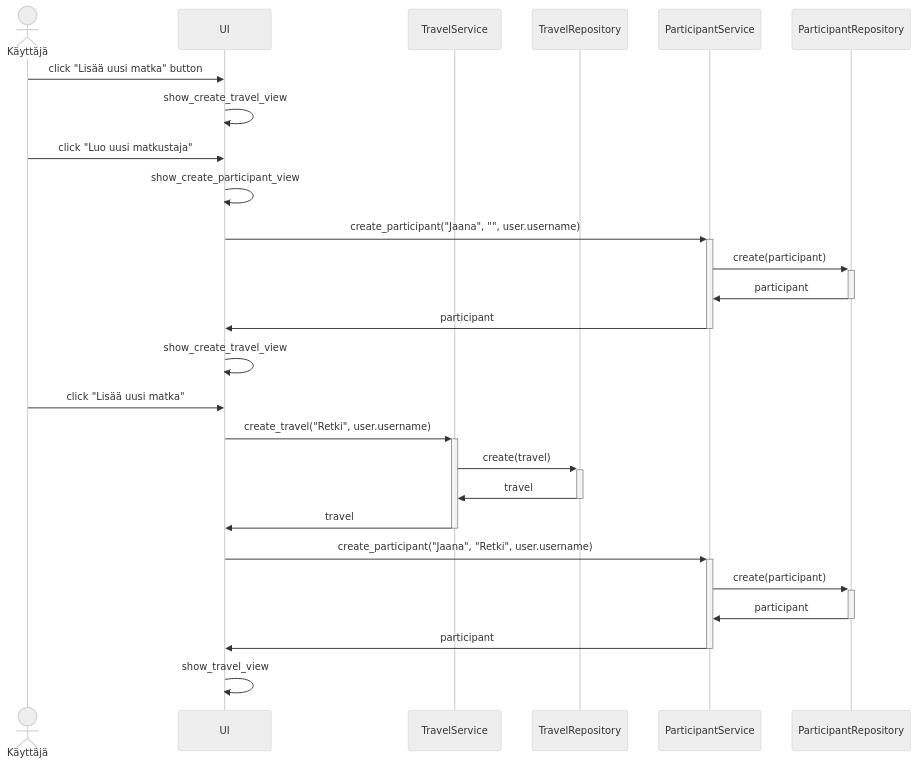
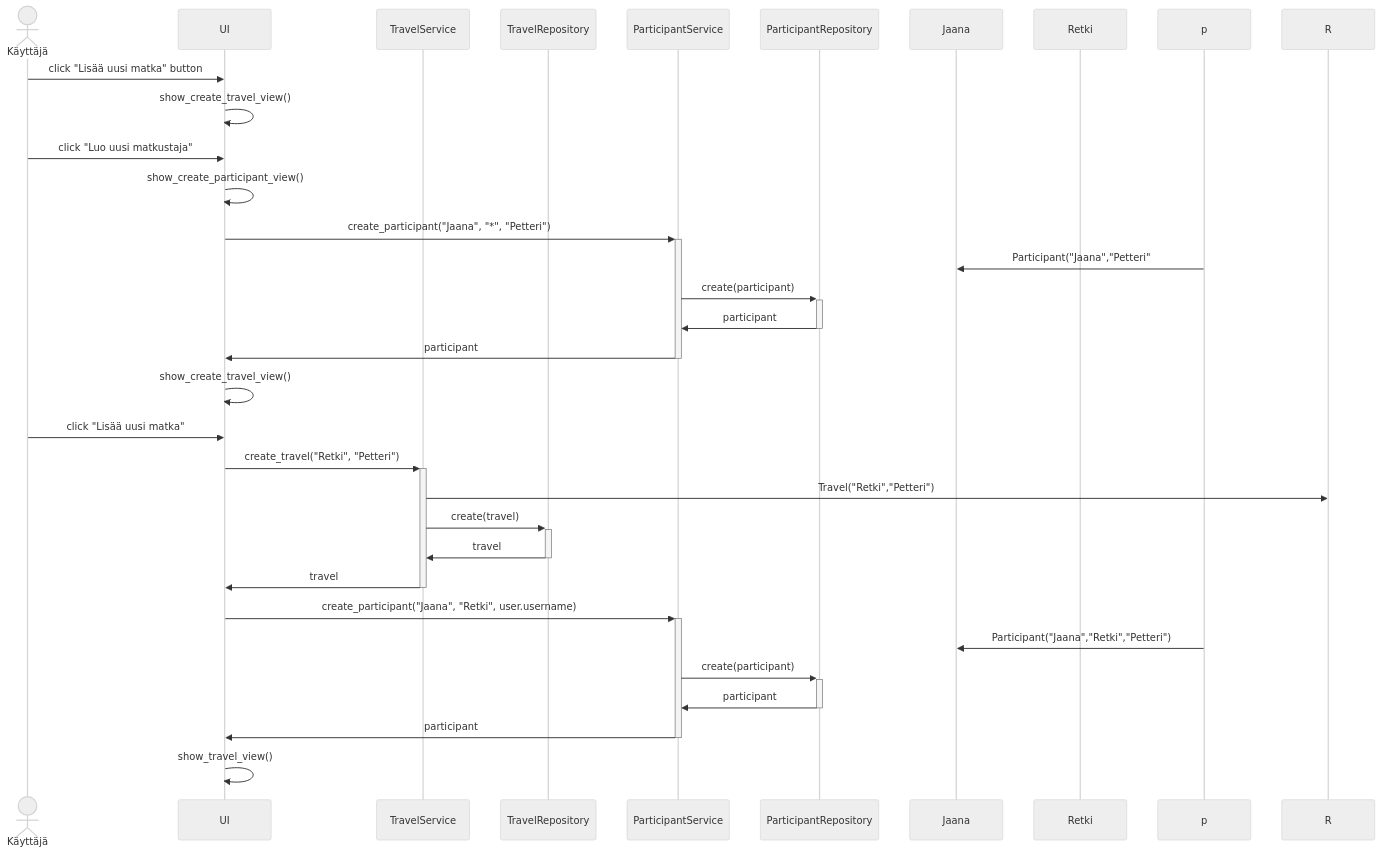
The third of 3 diagrams in travel-expense-calculator-app/dokumentaatio/arkkitehtuuri.md (phuvio/ot-harjoitustyo), drawn with Mermaid (neutral theme) before and after one commit. The commit also changed other lines of this file, not shown here.

````diff
--- a/travel-expense-calculator-app/dokumentaatio/arkkitehtuuri.md
+++ b/travel-expense-calculator-app/dokumentaatio/arkkitehtuuri.md
@@ -71,29 +71,34 @@
 ```mermaid
  sequenceDiagram
    Actor K as Käyttäjä
    participant U as UI
    participant T as TravelService
    participant TR as TravelRepository
    participant P as ParticipantService
    participant PR as ParticipantRepository
+   participant J as Jaana
+   participant M as Retki
    K->>U: click "Lisää uusi matka" button
-   U->>U: show_create_travel_view
+   U->>U: show_create_travel_view()
    K->>U: click "Luo uusi matkustaja"
-   U->>U: show_create_participant_view
-   U->>+P: create_participant("Jaana", "", user.username)
+   U->>U: show_create_participant_view()
+   U->>+P: create_participant("Jaana", "*", "Petteri")
+   p->>J: Participant("Jaana","Petteri"
    P->>+PR: create(participant)
    PR->>-P: participant
    P->>-U: participant
-   U->>U: show_create_travel_view
+   U->>U: show_create_travel_view()
    K->>U: click "Lisää uusi matka"
-   U->>+T: create_travel("Retki", user.username)
+   U->>+T: create_travel("Retki", "Petteri")
+   T->>R: Travel("Retki","Petteri")
    T->>+TR: create(travel)
    TR->>-T: travel
    T->>-U: travel
    U->>+P: create_participant("Jaana", "Retki", user.username)
+   p->>J: Participant("Jaana","Retki","Petteri")
    P->>+PR: create(participant)
    PR->>-P: participant
    P->>-U: participant
-   U->>U: show_travel_view
+   U->>U: show_travel_view()
 
 ```
````
